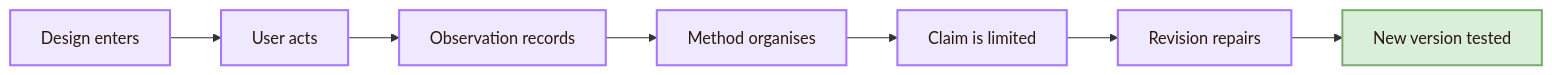
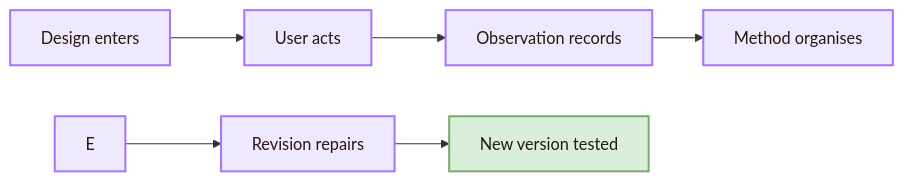
One commit to andreitegzes06-ui/CogniShire changed the seventh of 10 diagrams in 01_Core_Area_HCI/001_Subareas/03_Evaluating_the_Design/Overview.md. Above: the diagram before and after it, drawn with Mermaid. The commit also changed other lines of this file and 131 other files, not shown here.

````diff
--- a/01_Core_Area_HCI/001_Subareas/03_Evaluating_the_Design/Overview.md
+++ b/01_Core_Area_HCI/001_Subareas/03_Evaluating_the_Design/Overview.md
@@ -277,15 +273,14 @@
 ```mermaid
 flowchart LR
     A[Design enters] --> B[User acts]
     B --> C[Observation records]
     C --> D[Method organises]
-    D --> E[Claim is limited]
     E --> F[Revision repairs]
     F --> G[New version tested]
 
     classDef node fill:#eee9ff,stroke:#a875ff,color:#2b160b,stroke-width:2px;
     classDef final fill:#d9efd7,stroke:#7cab72,color:#2b160b,stroke-width:2px;
 
     class A,B,C,D,E,F node;
     class G final;
 ```
````
